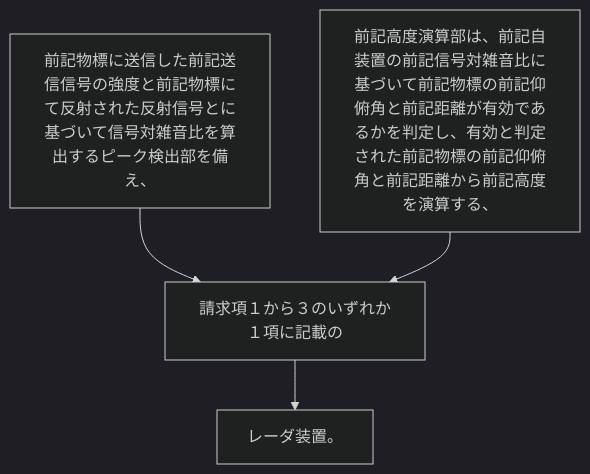
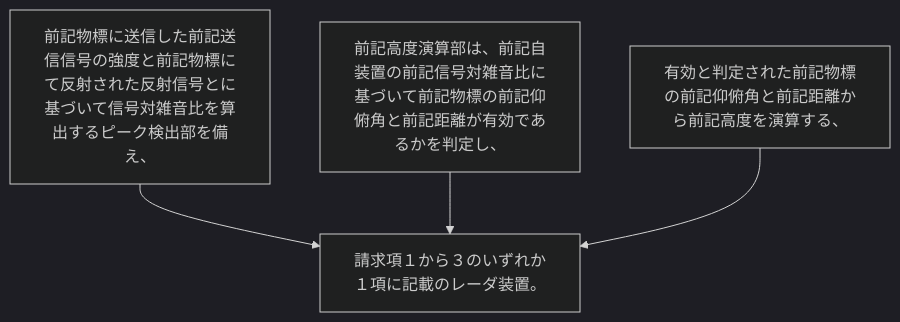
The diagram in 2024/JP2024021637A/claim_6/README.md (shinmori55/patent_analyzed), drawn with Mermaid (dark theme) before and after one commit. The commit also changed 336 other files, not shown here.

````diff
--- a/2024/JP2024021637A/claim_6/README.md
+++ b/2024/JP2024021637A/claim_6/README.md
@@ -4,10 +4,10 @@
 ```mermaid
 flowchart TD
 A[前記物標に送信した前記送信信号の強度と前記物標にて反射された反射信号とに基づいて信号対雑音比を算出するピーク検出部を備え、]
-B[前記高度演算部は、前記自装置の前記信号対雑音比に基づいて前記物標の前記仰俯角と前記距離が有効であるかを判定し、有効と判定された前記物標の前記仰俯角と前記距離から前記高度を演算する、]
-C[請求項１から３のいずれか１項に記載の]
-D[レーダ装置。]
-A --> C
-B --> C
+B[前記高度演算部は、前記自装置の前記信号対雑音比に基づいて前記物標の前記仰俯角と前記距離が有効であるかを判定し、]
+C[有効と判定された前記物標の前記仰俯角と前記距離から前記高度を演算する、]
+D[請求項１から３のいずれか１項に記載のレーダ装置。]
+A --> D
+B --> D
 C --> D
 ```
````
